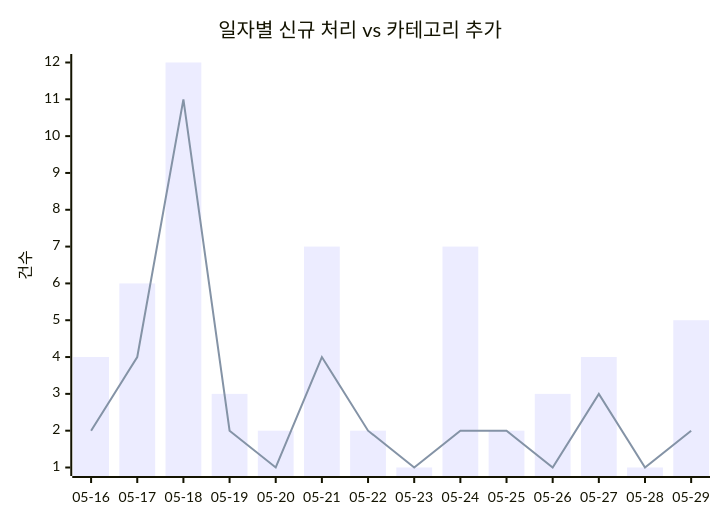
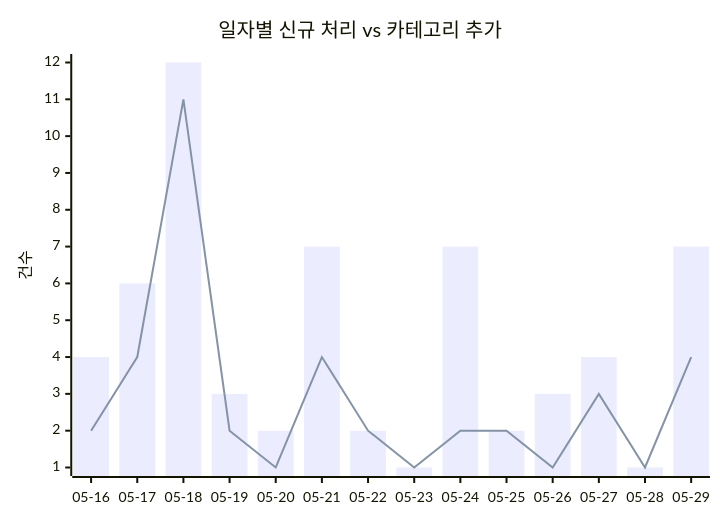
One commit to J-nowcow/awesome-korean-agent-skills changed the first of 2 diagrams in docs/trends.md. Above: the diagram before and after it, drawn with Mermaid. The commit also changed other lines of this file and 5 other files, not shown here.

````diff
--- a/docs/trends.md
+++ b/docs/trends.md
@@ -32,8 +32,8 @@
 ```mermaid
 xychart-beta
     title "일자별 신규 처리 vs 카테고리 추가"
     x-axis ["05-16","05-17","05-18","05-19","05-20","05-21","05-22","05-23","05-24","05-25","05-26","05-27","05-28","05-29"]
     y-axis "건수"
-    bar [4,6,12,3,2,7,2,1,7,2,3,4,1,5]
-    line [2,4,11,2,1,4,2,1,2,2,1,3,1,2]
+    bar [4,6,12,3,2,7,2,1,7,2,3,4,1,7]
+    line [2,4,11,2,1,4,2,1,2,2,1,3,1,4]
 ```
````
